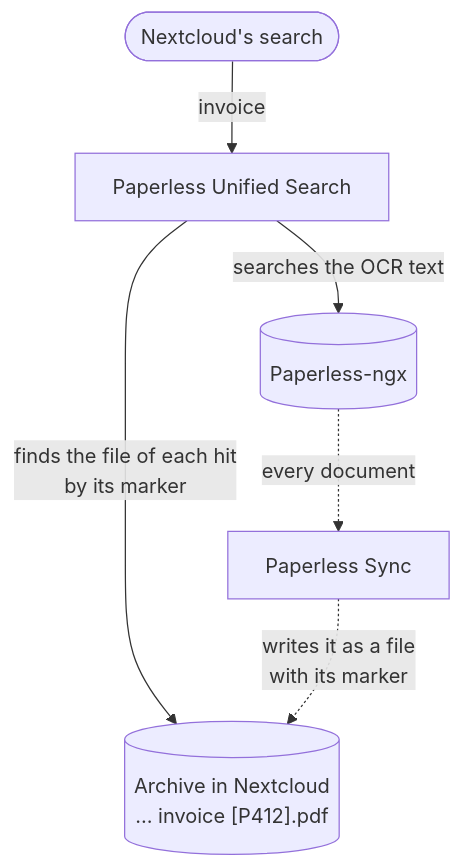
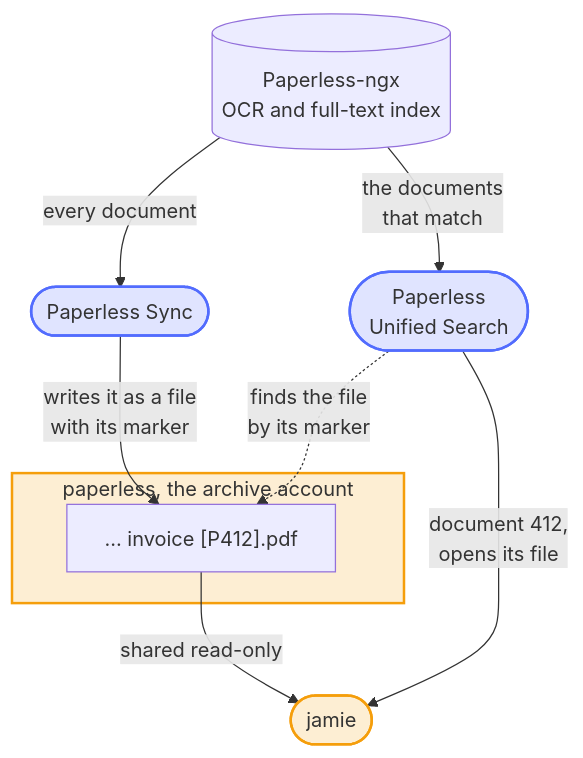
The first of 4 diagrams in README.md (Dennis-Otto/paperless-unified-search), drawn with Mermaid before and after one commit. The commit also changed other lines of this file and 9 other files, not shown here.

First line of the commit message:
docs: accessible top-to-bottom diagrams and two new ones (#105)

````diff
--- a/README.md
+++ b/README.md
@@ -90,8 +24,31 @@
 ```mermaid
+---
+config:
+  flowchart:
+    wrappingWidth: 400
+    nodeSpacing: 30
+---
 flowchart TB
-    search(["Nextcloud's search"]) -- "invoice" --> app["Paperless Unified Search"]
-    app -- "searches the OCR text" --> paperless[("Paperless-ngx")]
-    app -- "finds the file of each hit<br/>by its marker" --> archive[("Archive in Nextcloud<br/>… invoice [P412].pdf")]
-    paperless -. "every document" .-> sync["Paperless Sync"]
-    sync -. "writes it as a file<br/>with its marker" .-> archive
+    accTitle: Two apps, one archive
+    accDescr: Paperless Sync writes every document of Paperless-ngx as a file of the archive account paperless, with the marker of the document in its name, such as invoice [P412].pdf. The archive account shares its archive read-only with jamie. When jamie searches, Paperless Unified Search asks Paperless-ngx, finds the file of document 412 by its marker, and shows jamie the document because jamie can open that file; the result opens the file in Nextcloud.
+
+    paperless[("Paperless-ngx<br>OCR and full-text index")]
+    sync(["Paperless Sync"])
+    search(["Paperless<br>Unified Search"])
+    subgraph archive ["paperless, the archive account"]
+        file["… invoice [P412].pdf"]
+    end
+    jamie(["jamie"])
+
+    paperless -- "every document" --> sync
+    paperless -- "the documents<br>that match" --> search
+    sync -- "writes it as a file<br>with its marker" --> file
+    search -. "finds the file<br>by its marker" .-> file
+    file -- "shared read-only" --> jamie
+    search -- "document 412,<br>opens its file" --> jamie
+
+    classDef app fill:#526cfe2e,stroke:#526cfe,stroke-width:2px
+    classDef person fill:#f59e0b2e,stroke:#f59e0b,stroke-width:2px
+    class sync,search app
+    class jamie,archive person
 ```
````
